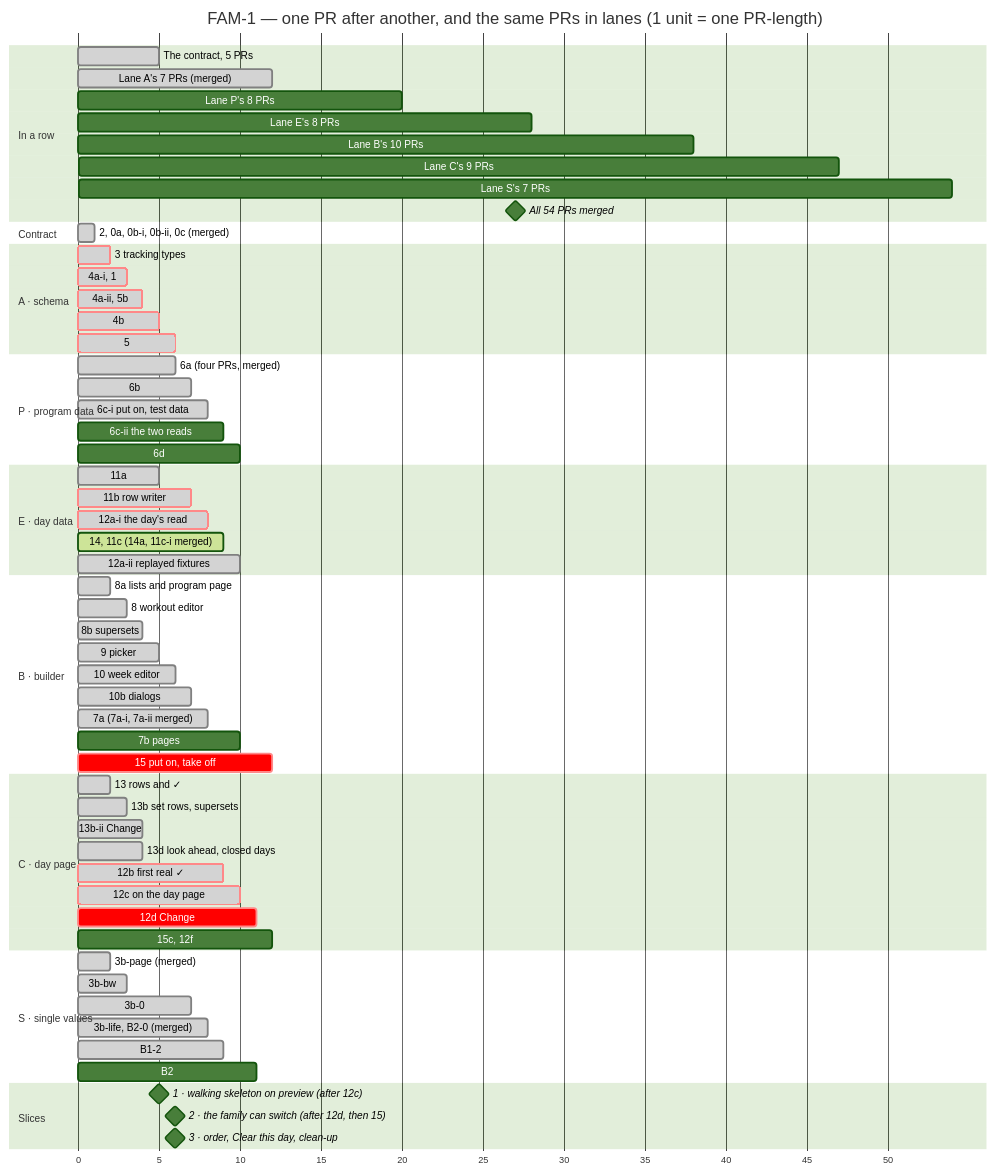
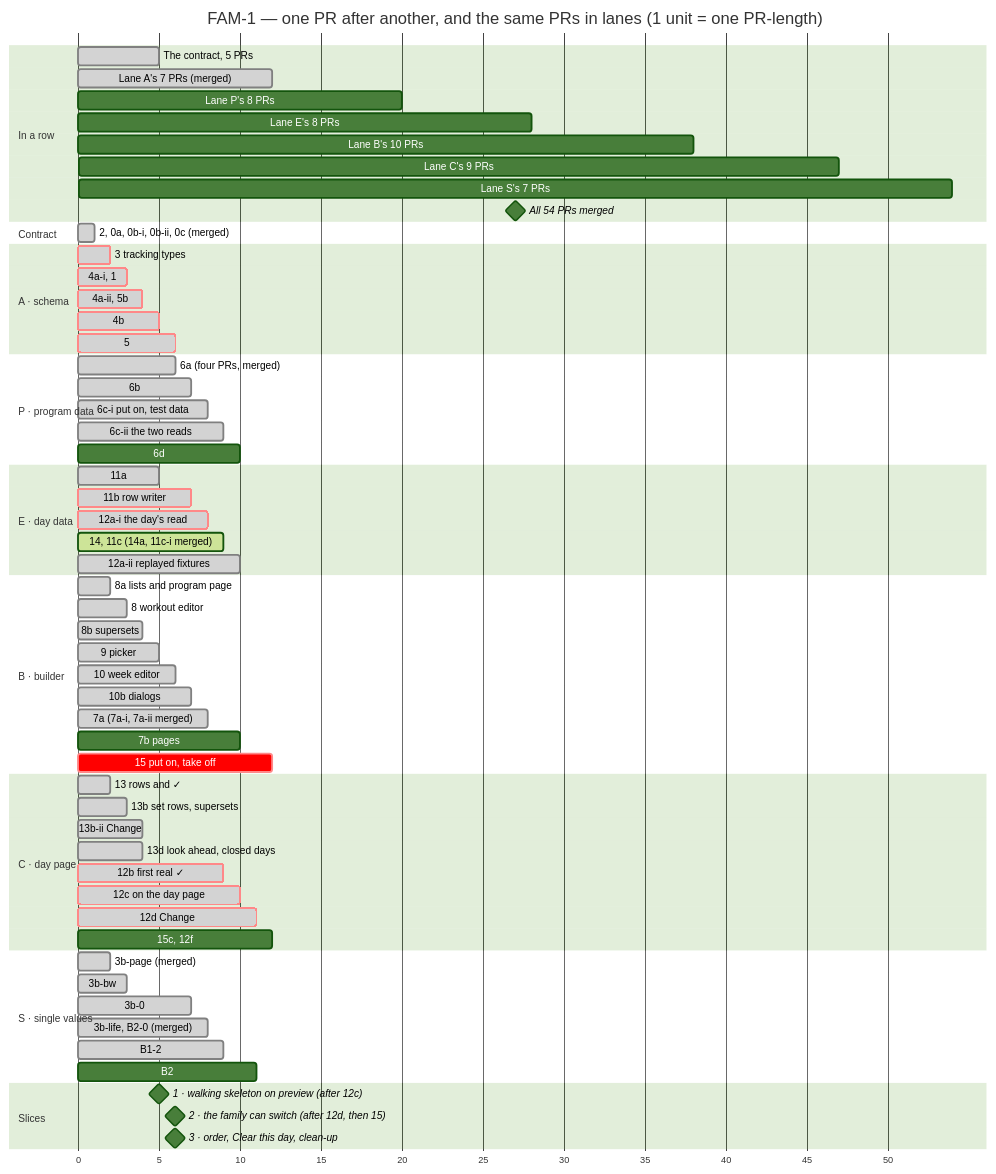
Before and after one commit to ralamode/mat-plan: the second of 2 diagrams in docs/milestones/fam-1-family-program.md, drawn with Mermaid (forest theme). The commit also changed other lines of this file and 1 other file, not shown here.

````diff
--- a/docs/milestones/fam-1-family-program.md
+++ b/docs/milestones/fam-1-family-program.md
@@ -260,75 +260,75 @@
 ```mermaid
 gantt
   title FAM-1 — one PR after another, and the same PRs in lanes (1 unit = one PR-length)
   dateFormat X
   axisFormat %s
   todayMarker off
 
   section In a row
   The contract, 5 PRs          :done, r0, 0, 5
   Lane A's 7 PRs (merged)      :done, r1, 5, 12
   Lane P's 8 PRs               :r2, 12, 20
   Lane E's 8 PRs               :r3, 20, 28
   Lane B's 10 PRs              :r4, 28, 38
   Lane C's 9 PRs               :r5, 38, 47
   Lane S's 7 PRs               :r6, 47, 54
   All 54 PRs merged            :milestone, rm, 54, 54
 
   section Contract
   2, 0a, 0b-i, 0b-ii, 0c (merged) :done, c0, 0, 1
 
   section A · schema
   3 tracking types             :crit, done, a1, 1, 2
   4a-i, 1                      :crit, done, a2, 2, 3
   4a-ii, 5b                    :crit, done, a3, 3, 4
   4b                           :crit, done, a4, 4, 5
   5                            :crit, done, a5, 5, 6
 
   section P · program data
   6a (four PRs, merged)        :done, p1, 5, 6
   6b                           :done, p2, 6, 7
   6c-i put on, test data       :done, p3, 7, 8
-  6c-ii the two reads          :p3b, 8, 9
+  6c-ii the two reads          :done, p3b, 8, 9
   6d                           :p4, 9, 10
 
   section E · day data
   11a                          :done, e1, 4, 5
   11b row writer               :crit, done, e2, 5, 7
   12a-i the day's read         :crit, done, e3, 7, 8
   14, 11c (14a, 11c-i merged)  :active, e4, 8, 9
   12a-ii replayed fixtures     :done, e5, 9, 10
 
   section B · builder
   8a lists and program page    :done, b1, 1, 2
   8 workout editor             :done, b2, 2, 3
   8b supersets                 :done, b3, 3, 4
   9 picker                     :done, b4, 4, 5
   10 week editor               :done, b5, 5, 6
   10b dialogs                  :done, b6, 6, 7
   7a (7a-i, 7a-ii merged)      :done, b7, 7, 8
   7b pages                     :b8, 9, 10
   15 put on, take off          :crit, b9, 11, 12
 
   section C · day page
   13 rows and ✓                :done, c1, 1, 2
   13b set rows, supersets      :done, c2, 2, 3
   13b-ii Change                :done, c2b, 3, 4
   13d look ahead, closed days  :done, c3, 3, 4
   12b first real ✓             :crit, done, c4, 8, 9
   12c on the day page          :crit, done, c5, 9, 10
-  12d Change                   :crit, c6, 10, 11
+  12d Change                   :crit, done, c6, 10, 11
   15c, 12f                     :c7, 11, 12
 
   section S · single values
   3b-page (merged)             :done, s1, 1, 2
   3b-bw                        :done, s2, 2, 3
   3b-0                         :done, s3, 6, 7
   3b-life, B2-0 (merged)       :done, s4, 7, 8
   B1-2                         :done, s5, 8, 9
   B2                           :s6, 10, 11
 
   section Slices
   1 · walking skeleton on preview (after 12c) :milestone, m1, 10, 10
   2 · the family can switch (after 12d, then 15) :milestone, m2, 12, 12
   3 · order, Clear this day, clean-up         :milestone, m3, 12, 12
 ```
````
